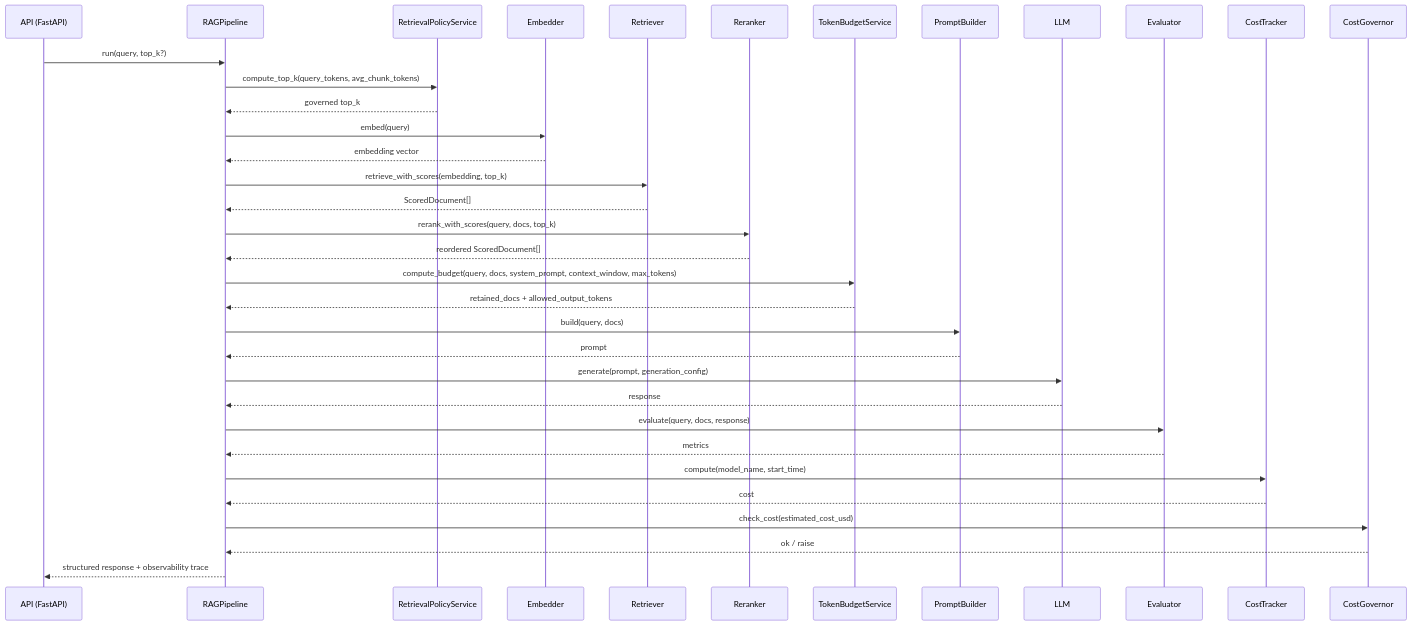
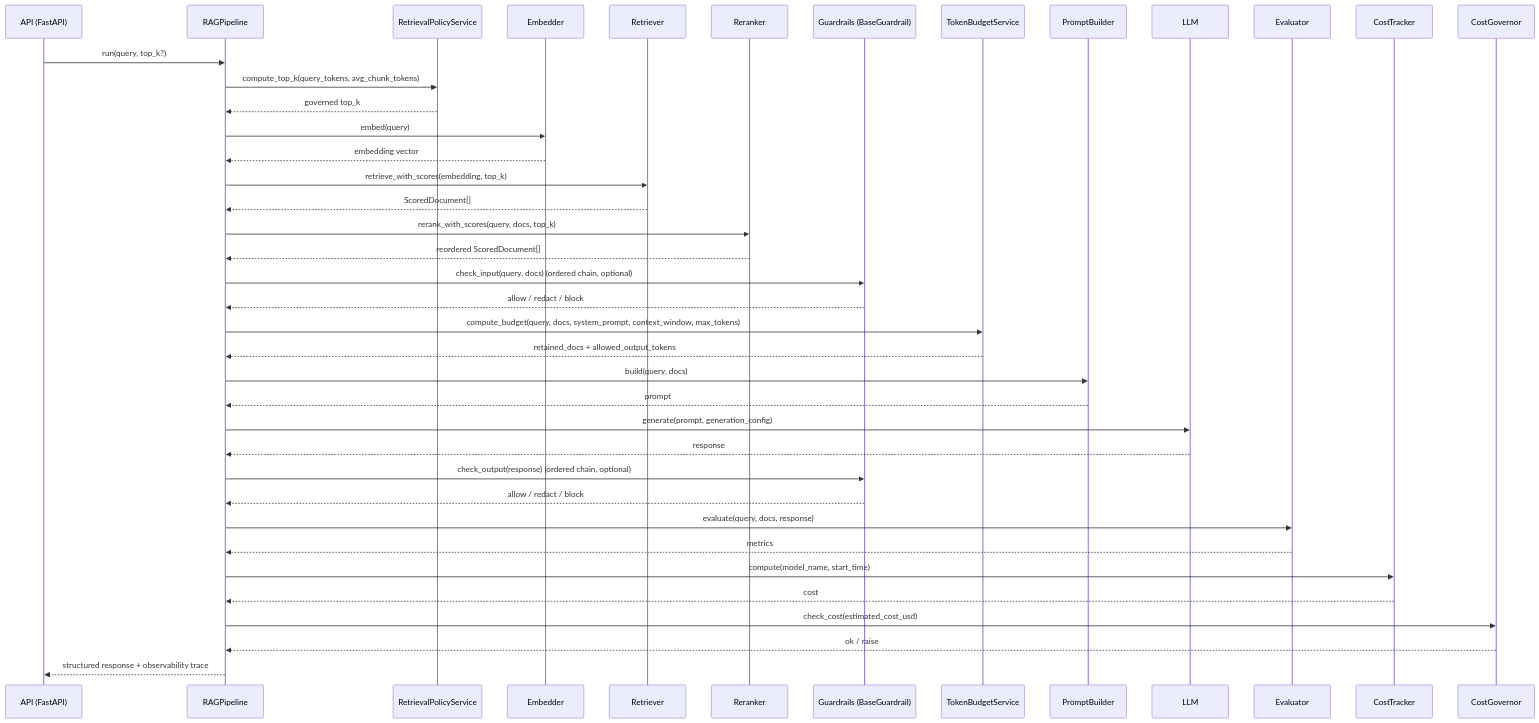
The second of 6 diagrams in docs/architecture.md (sujeet-banerjee/enterprise-genai-platform-blueprint), drawn with Mermaid before and after one commit. The commit also changed other lines of this file and 17 other files, not shown here.

Commit message:
feat(guardrails): pluggable input/output guardrail framework (#52)

````diff
--- a/docs/architecture.md
+++ b/docs/architecture.md
@@ -226,38 +242,43 @@
 ```mermaid
 sequenceDiagram
     participant A as API (FastAPI)
     participant P as RAGPipeline
     participant RP as RetrievalPolicyService
     participant E as Embedder
     participant R as Retriever
     participant RK as Reranker
+    participant GR as Guardrails (BaseGuardrail)
     participant T as TokenBudgetService
     participant PB as PromptBuilder
     participant L as LLM
     participant EV as Evaluator
     participant CT as CostTracker
     participant CG as CostGovernor
 
     A->>P: run(query, top_k?)
     P->>RP: compute_top_k(query_tokens, avg_chunk_tokens)
     RP-->>P: governed top_k
     P->>E: embed(query)
     E-->>P: embedding vector
     P->>R: retrieve_with_scores(embedding, top_k)
     R-->>P: ScoredDocument[]
     P->>RK: rerank_with_scores(query, docs, top_k)
     RK-->>P: reordered ScoredDocument[]
+    P->>GR: check_input(query, docs)  (ordered chain, optional)
+    GR-->>P: allow / redact / block
     P->>T: compute_budget(query, docs, system_prompt, context_window, max_tokens)
     T-->>P: retained_docs + allowed_output_tokens
     P->>PB: build(query, docs)
     PB-->>P: prompt
     P->>L: generate(prompt, generation_config)
     L-->>P: response
+    P->>GR: check_output(response)  (ordered chain, optional)
+    GR-->>P: allow / redact / block
     P->>EV: evaluate(query, docs, response)
     EV-->>P: metrics
     P->>CT: compute(model_name, start_time)
     CT-->>P: cost
     P->>CG: check_cost(estimated_cost_usd)
     CG-->>P: ok / raise
     P-->>A: structured response + observability trace
 ```
````
